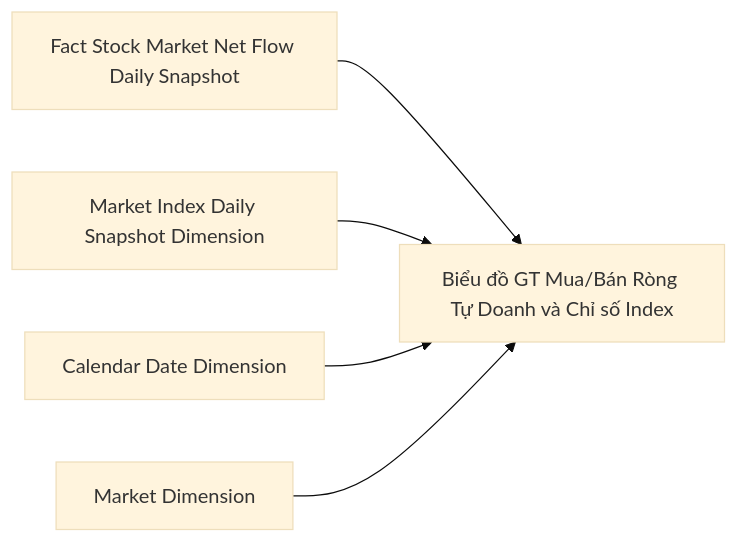
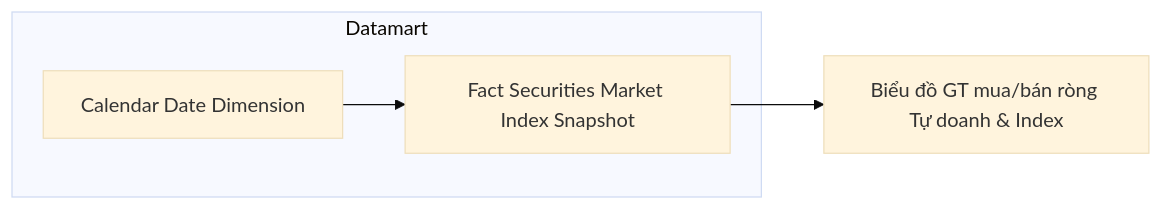
Before and after one commit to linhlvit/ubck_atomic_design: the ninth of 22 diagrams in Datamart/hld/DTM_VP_HLD.md, drawn with Mermaid (base theme). The commit also changed other lines of this file and 14 other files, not shown here.

````diff
--- a/Datamart/hld/DTM_VP_HLD.md
+++ b/Datamart/hld/DTM_VP_HLD.md
@@ -482,12 +303,9 @@
 ```mermaid
 flowchart LR
-    F1[Fact Stock Market Net Flow Daily Snapshot]
-    D1[Market Index Daily Snapshot Dimension]
-    D2[Calendar Date Dimension]
-    D3[Market Dimension]
-    R2[Biểu đồ GT Mua/Bán Ròng Tự Doanh và Chỉ số Index]
-    F1 --> R2
-    D1 --> R2
-    D2 --> R2
-    D3 --> R2
+    subgraph GOLD["Datamart"]
+        fct_scr_mkt_indx_snpst["Fact Securities Market Index Snapshot"]
+        cdr_dt_dim["Calendar Date Dimension"]
+    end
+    cdr_dt_dim --> fct_scr_mkt_indx_snpst
+    fct_scr_mkt_indx_snpst --> RPT2["Biểu đồ GT mua/bán ròng Tự doanh & Index"]
 ```
````
